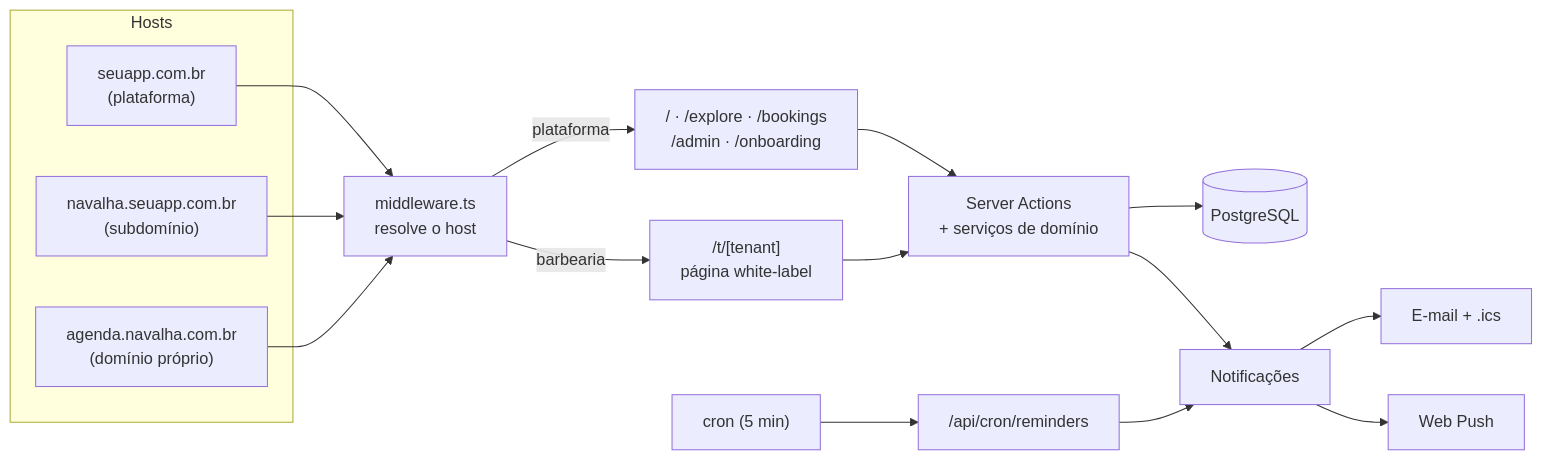
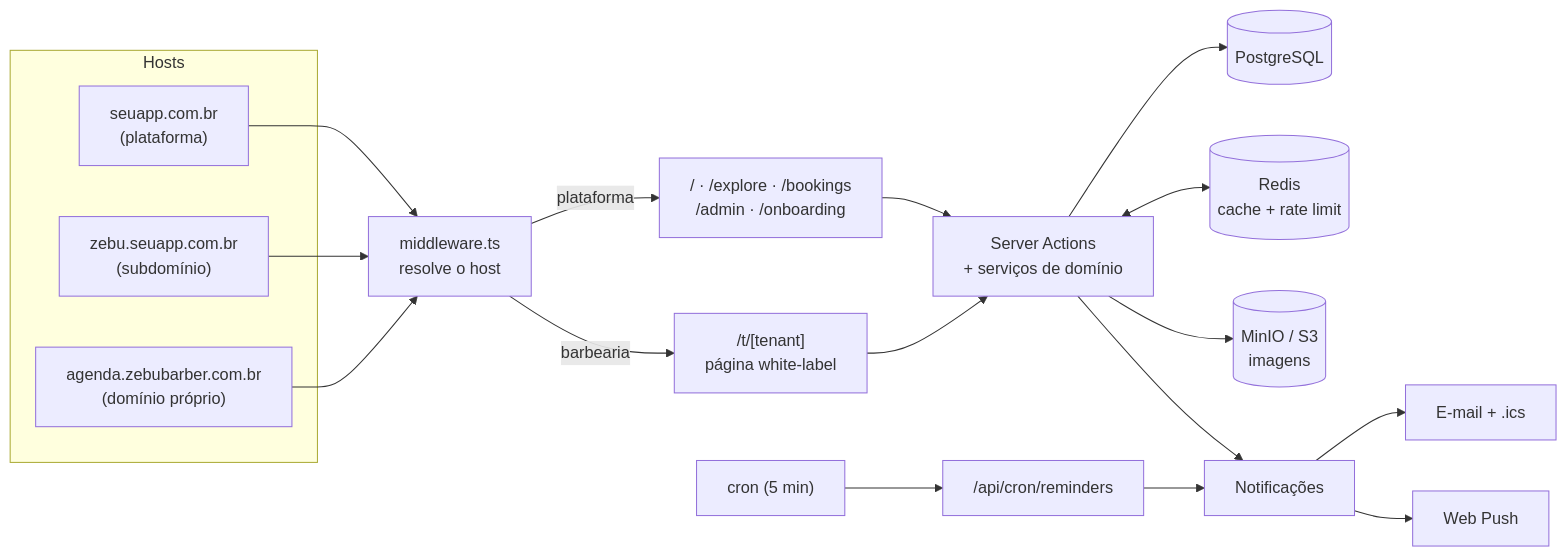
Before and after one commit to Pierre-Mendes/barber-saas: the first of 2 diagrams in README.md, drawn with Mermaid. The commit also changed other lines of this file and 53 other files, not shown here.

First line of the commit message:
feat: Redis (cache e rate limit), upload de imagens no MinIO e demo em Uberaba-MG

````diff
--- a/README.md
+++ b/README.md
@@ -102,17 +110,19 @@
 ```mermaid
 flowchart LR
     subgraph Hosts
         A["seuapp.com.br<br/>(plataforma)"]
-        B["navalha.seuapp.com.br<br/>(subdomínio)"]
-        C["agenda.navalha.com.br<br/>(domínio próprio)"]
+        B["zebu.seuapp.com.br<br/>(subdomínio)"]
+        C["agenda.zebubarber.com.br<br/>(domínio próprio)"]
     end
     A & B & C --> M["middleware.ts<br/>resolve o host"]
     M -->|plataforma| P["/ · /explore · /bookings<br/>/admin · /onboarding"]
     M -->|barbearia| T["/t/[tenant]<br/>página white-label"]
     P & T --> S["Server Actions<br/>+ serviços de domínio"]
     S --> DB[("PostgreSQL")]
+    S <--> RD[("Redis<br/>cache + rate limit")]
+    S --> MO[("MinIO / S3<br/>imagens")]
     S --> N["Notificações"]
     N --> E["E-mail + .ics"]
     N --> W["Web Push"]
     CR["cron (5 min)"] --> R["/api/cron/reminders"] --> N
 ```
````
